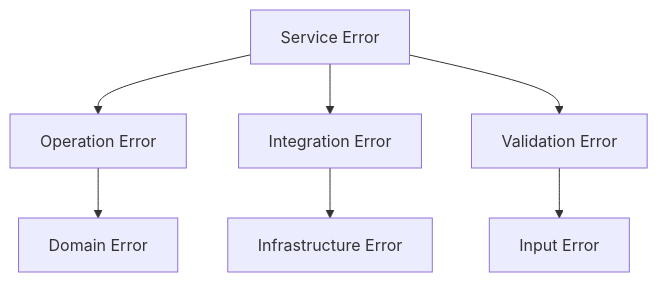
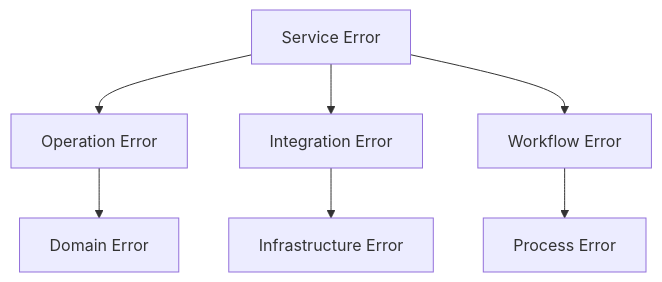
Before and after one commit to tonglam/letletme_data: the sixth of 11 diagrams in documentation/design/Service_Layer_Design.md, drawn with Mermaid. The commit also changed other lines of this file and 15 other files, not shown here.

````diff
--- a/documentation/design/Service_Layer_Design.md
+++ b/documentation/design/Service_Layer_Design.md
@@ -138,10 +172,10 @@
 ```mermaid
 graph TD
     A[Service Error] --> B[Operation Error]
     A --> C[Integration Error]
-    A --> D[Validation Error]
+    A --> D[Workflow Error]
 
     B --> E[Domain Error]
     C --> F[Infrastructure Error]
-    D --> G[Input Error]
+    D --> G[Process Error]
 ```
````
